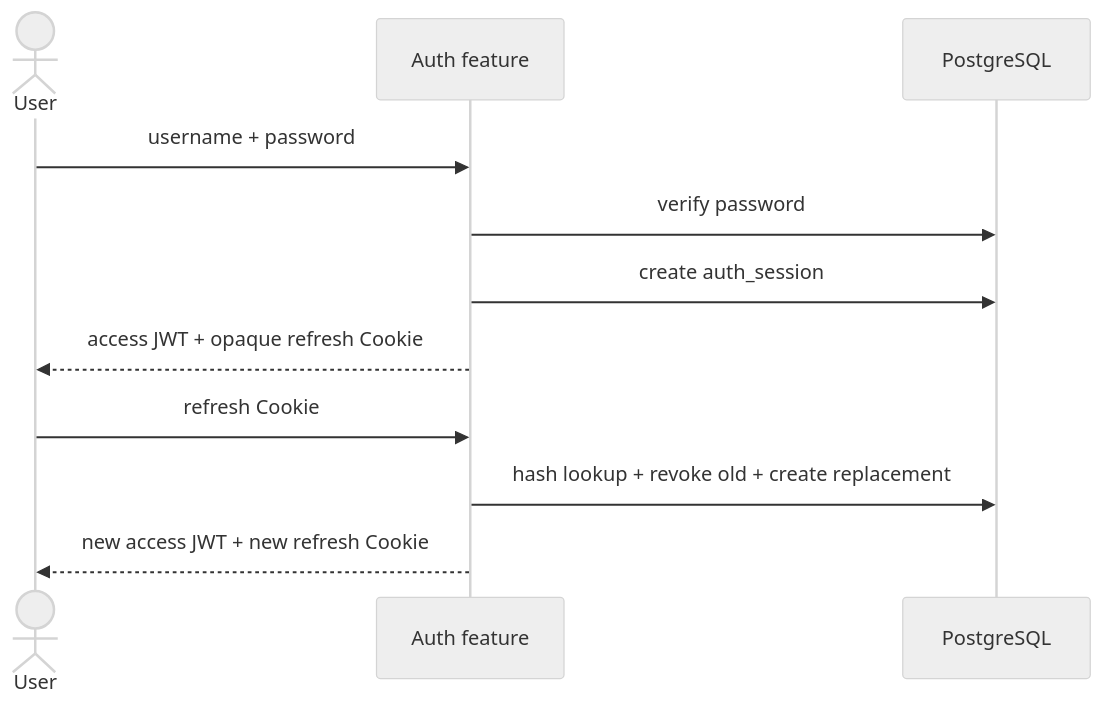
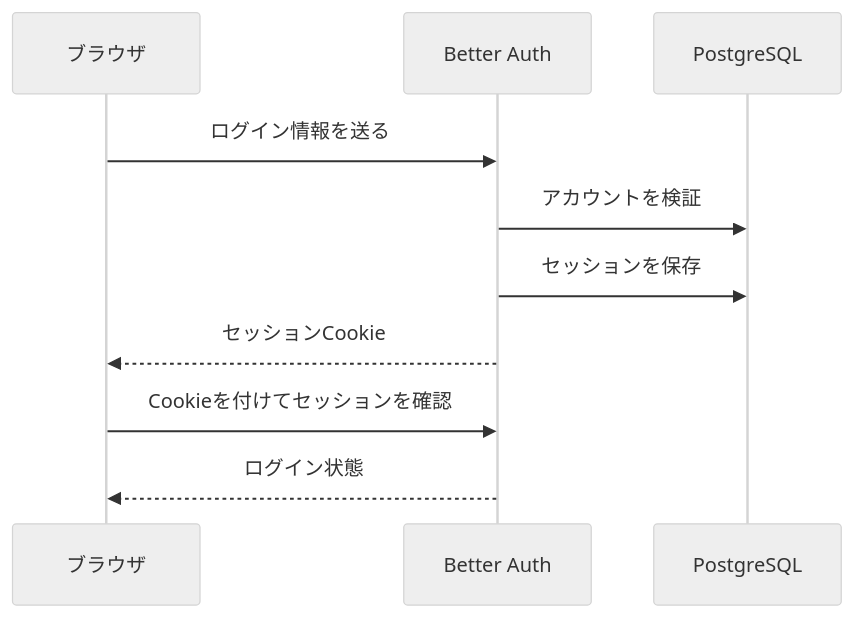
One commit to yukiharada1228/videoq changed the second of 3 diagrams in docs/design/sequence-diagram.md. Above: the diagram before and after it, drawn with Mermaid (neutral theme). The commit also changed other lines of this file and 62 other files, not shown here.

````diff
--- a/docs/design/sequence-diagram.md
+++ b/docs/design/sequence-diagram.md
@@ -30,14 +37,12 @@
 ```mermaid
 sequenceDiagram
-    actor User
-    participant API as Auth feature
+    participant User as ブラウザ
+    participant Auth as Better Auth
     participant DB as PostgreSQL
-
-    User->>API: username + password
-    API->>DB: verify password
-    API->>DB: create auth_session
-    API-->>User: access JWT + opaque refresh Cookie
-    User->>API: refresh Cookie
-    API->>DB: hash lookup + revoke old + create replacement
-    API-->>User: new access JWT + new refresh Cookie
+    User->>Auth: ログイン情報を送る
+    Auth->>DB: アカウントを検証
+    Auth->>DB: セッションを保存
+    Auth-->>User: セッションCookie
+    User->>Auth: Cookieを付けてセッションを確認
+    Auth-->>User: ログイン状態
 ```
````
